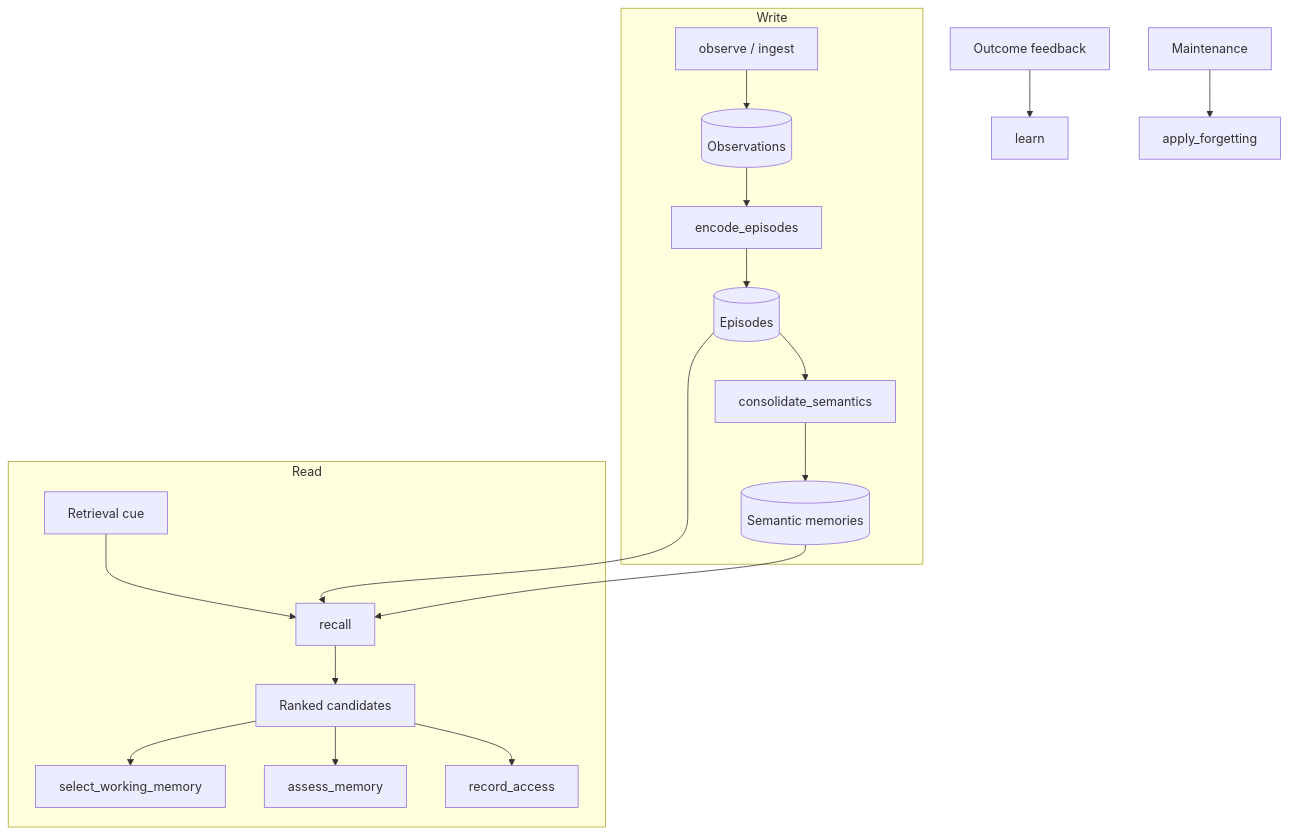
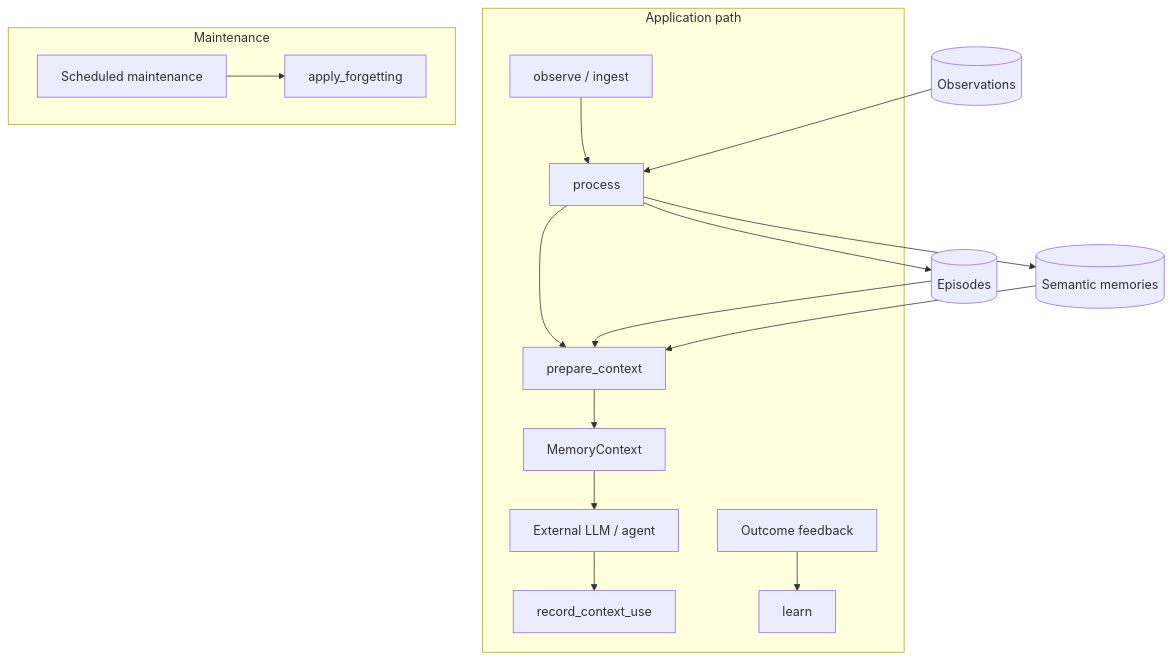
Before and after one commit to cogkura/cogkura: the second of 5 diagrams in README.md, drawn with Mermaid. The commit also changed other lines of this file and 14 other files, not shown here.

Commit message:
Ship 0.15.0 application integration and memory context.

````diff
--- a/README.md
+++ b/README.md
@@ -57,23 +57,21 @@
 ```mermaid
 flowchart TD
-  subgraph writePath [Write]
-    observe["observe / ingest"] --> observations[(Observations)]
-    observations --> encode["encode_episodes"]
-    encode --> episodes[(Episodes)]
-    episodes --> consolidate["consolidate_semantics"]
-    consolidate --> semantics[(Semantic memories)]
+  subgraph appPath [Application path]
+    observe["observe / ingest"] --> process["process"]
+    process --> prepare["prepare_context"]
+    prepare --> ctx[MemoryContext]
+    ctx --> agent[External LLM / agent]
+    agent --> record["record_context_use"]
+    outcome[Outcome feedback] --> learn["learn"]
   end
 
-  subgraph readPath [Read]
-    cue[Retrieval cue] --> recall["recall"]
-    recall --> ranked[Ranked candidates]
-    ranked --> wm["select_working_memory"]
-    ranked --> assess["assess_memory"]
-    ranked --> access["record_access"]
+  subgraph maintenancePath [Maintenance]
+    maintenance[Scheduled maintenance] --> forget["apply_forgetting"]
   end
 
-  episodes --> recall
-  semantics --> recall
-  outcome[Outcome feedback] --> learn["learn"]
-  maintenance[Maintenance] --> forget["apply_forgetting"]
+  observations[(Observations)] --> process
+  process --> episodes[(Episodes)]
+  process --> semantics[(Semantic memories)]
+  episodes --> prepare
+  semantics --> prepare
 ```
````
